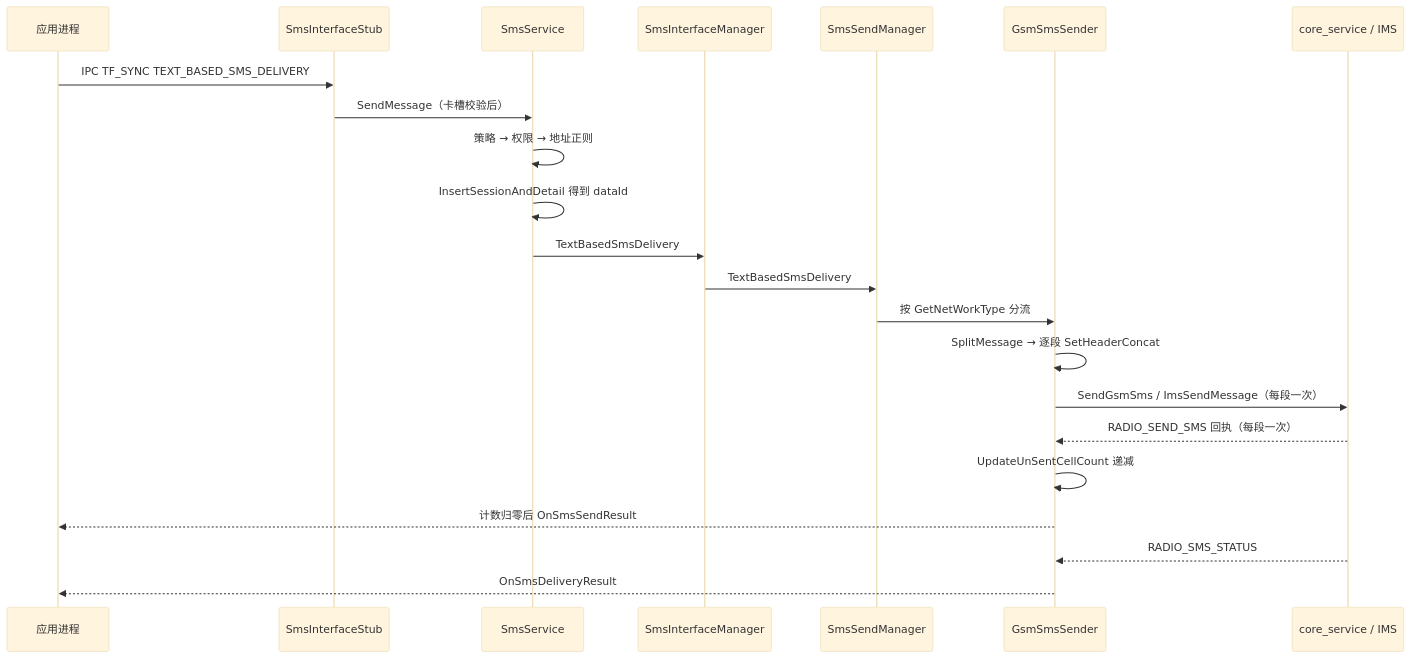
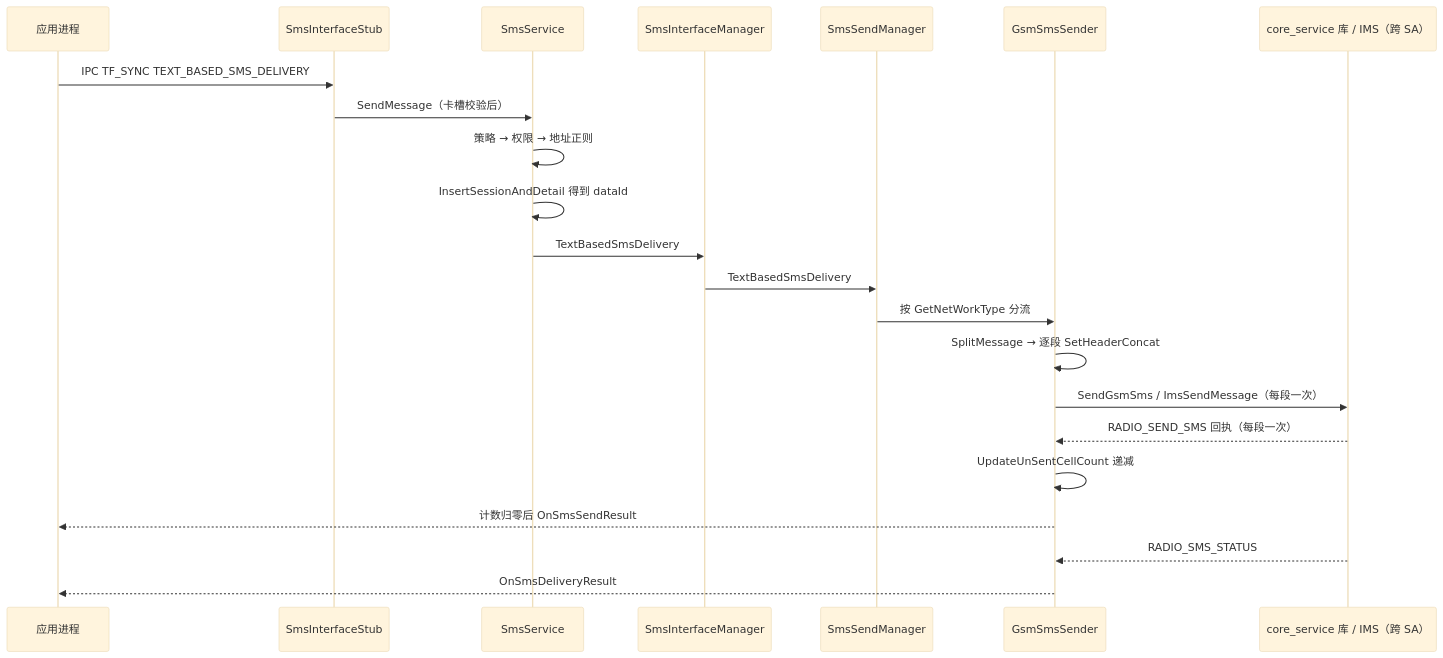
Before and after one commit to hjl12345/OpneHarmonyTeamWork: the fourth of 5 diagrams in report_work/G12_sms_mms/report.md, drawn with Mermaid (base theme). The commit also changed other lines of this file and 15 other files, not shown here.

````diff
--- a/report_work/G12_sms_mms/report.md
+++ b/report_work/G12_sms_mms/report.md
@@ -226,24 +408,24 @@
 ```mermaid
 sequenceDiagram
     participant App as 应用进程
     participant Stub as SmsInterfaceStub
     participant Svc as SmsService
     participant IM as SmsInterfaceManager
     participant SM as SmsSendManager
     participant GS as GsmSmsSender
-    participant RIL as core_service / IMS
+    participant RIL as core_service 库 / IMS（跨 SA）
     App->>Stub: IPC TF_SYNC TEXT_BASED_SMS_DELIVERY
     Stub->>Svc: SendMessage（卡槽校验后）
     Svc->>Svc: 策略 → 权限 → 地址正则
     Svc->>Svc: InsertSessionAndDetail 得到 dataId
     Svc->>IM: TextBasedSmsDelivery
     IM->>SM: TextBasedSmsDelivery
     SM->>GS: 按 GetNetWorkType 分流
     GS->>GS: SplitMessage → 逐段 SetHeaderConcat
     GS->>RIL: SendGsmSms / ImsSendMessage（每段一次）
     RIL-->>GS: RADIO_SEND_SMS 回执（每段一次）
     GS->>GS: UpdateUnSentCellCount 递减
     GS-->>App: 计数归零后 OnSmsSendResult
     RIL-->>GS: RADIO_SMS_STATUS
     GS-->>App: OnSmsDeliveryResult
 ```
````
